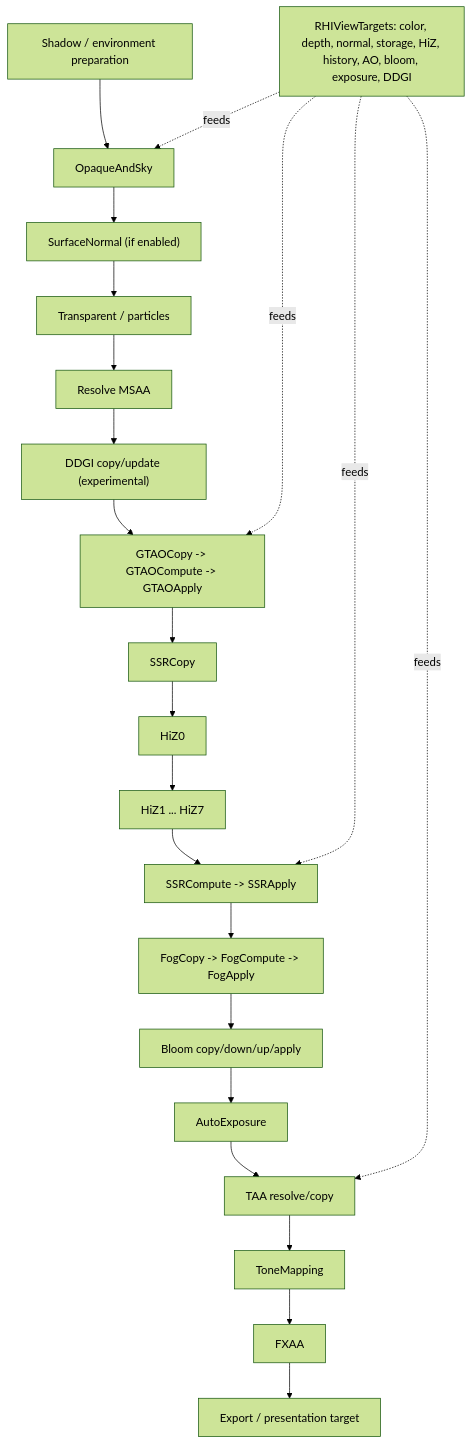
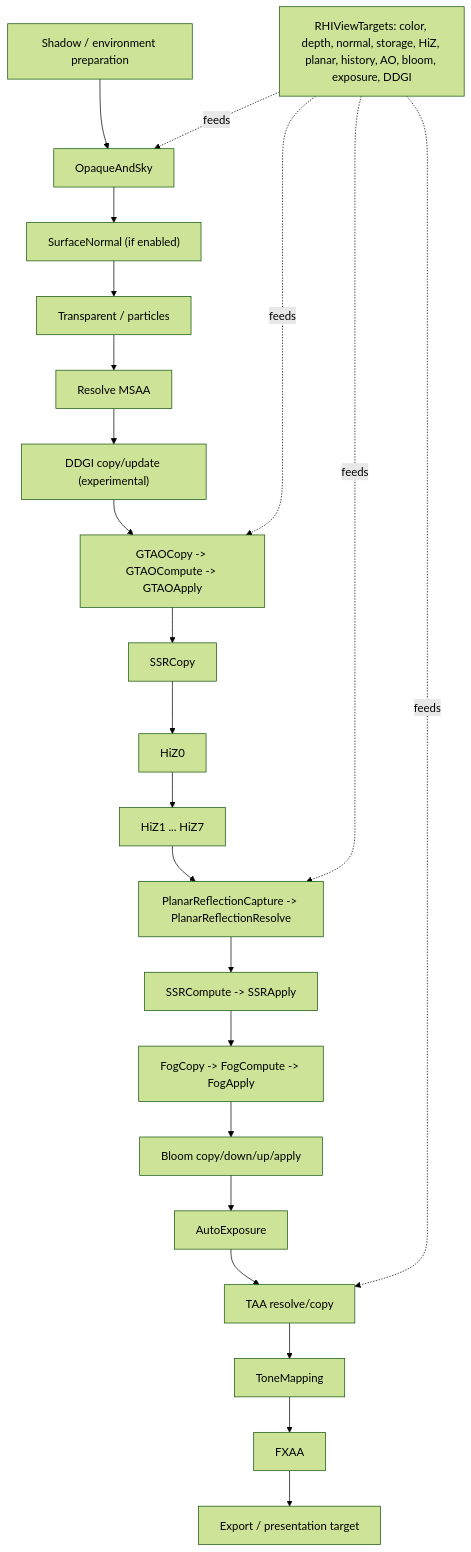
One commit to nguyenphong0210/AxleEngine changed the fourth of 4 diagrams in docs/milestones/MILESTONE_15_LIGHTING_MATERIALS/ARCHITECTURE.md. Above: the diagram before and after it, drawn with Mermaid (forest theme). The commit also changed other lines of this file and 15 other files, not shown here.

Commit message:
docs: plan ray tracing milestone and shift roadmap

````diff
--- a/docs/milestones/MILESTONE_15_LIGHTING_MATERIALS/ARCHITECTURE.md
+++ b/docs/milestones/MILESTONE_15_LIGHTING_MATERIALS/ARCHITECTURE.md
@@ -236,24 +236,25 @@
 ```mermaid
 flowchart TD
     A["Shadow / environment preparation"] --> B["OpaqueAndSky"]
     B --> C["SurfaceNormal (if enabled)"]
     C --> D["Transparent / particles"]
     D --> E["Resolve MSAA"]
     E --> F["DDGI copy/update (experimental)"]
     F --> G["GTAOCopy -> GTAOCompute -> GTAOApply"]
     G --> H["SSRCopy"]
     H --> I0["HiZ0"]
     I0 --> I1["HiZ1 ... HiZ7"]
-    I1 --> J["SSRCompute -> SSRApply"]
-    J --> K["FogCopy -> FogCompute -> FogApply"]
-    K --> L["Bloom copy/down/up/apply"]
-    L --> M["AutoExposure"]
-    M --> N["TAA resolve/copy"]
-    N --> O["ToneMapping"]
-    O --> P["FXAA"]
-    P --> Q["Export / presentation target"]
-    Z["RHIViewTargets: color, depth, normal, storage, HiZ, history, AO, bloom, exposure, DDGI"] -. feeds .-> B
+    I1 --> J["PlanarReflectionCapture -> PlanarReflectionResolve"]
+    J --> K["SSRCompute -> SSRApply"]
+    K --> L["FogCopy -> FogCompute -> FogApply"]
+    L --> M["Bloom copy/down/up/apply"]
+    M --> N["AutoExposure"]
+    N --> O["TAA resolve/copy"]
+    O --> P["ToneMapping"]
+    P --> Q["FXAA"]
+    Q --> R["Export / presentation target"]
+    Z["RHIViewTargets: color, depth, normal, storage, HiZ, planar, history, AO, bloom, exposure, DDGI"] -. feeds .-> B
     Z -. feeds .-> G
     Z -. feeds .-> J
-    Z -. feeds .-> N
+    Z -. feeds .-> O
 ```
````
